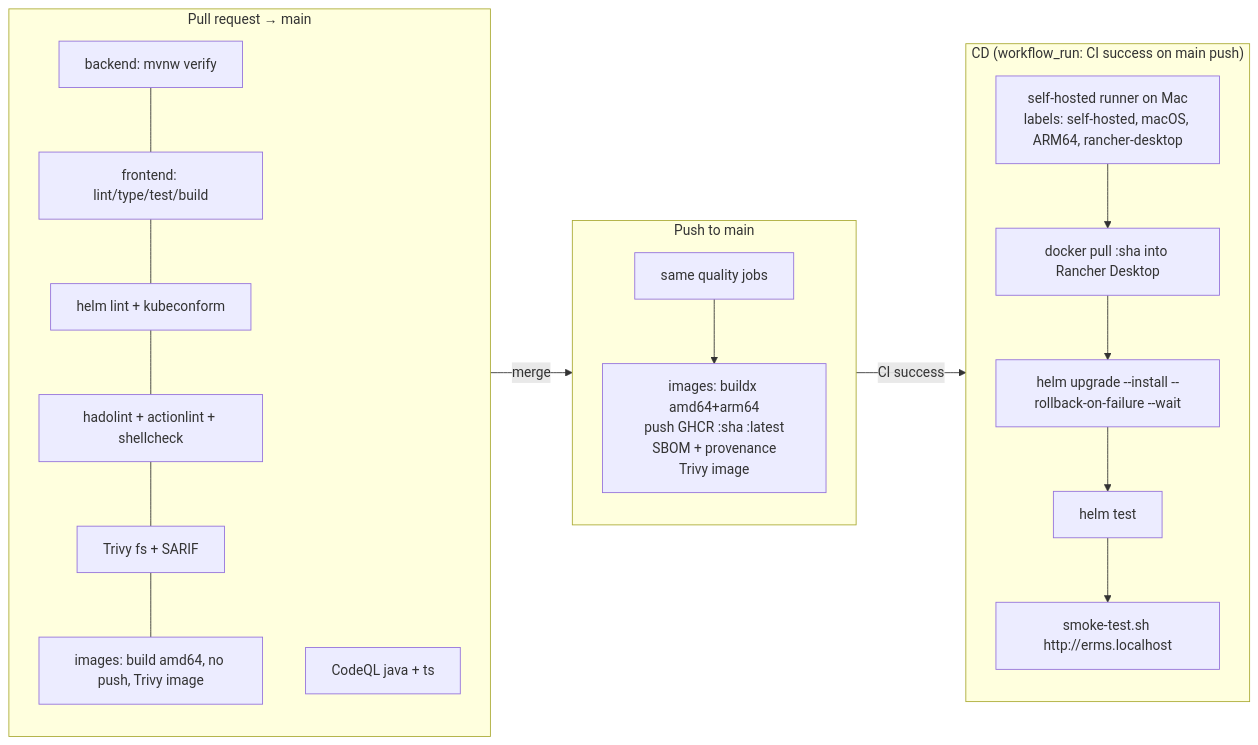
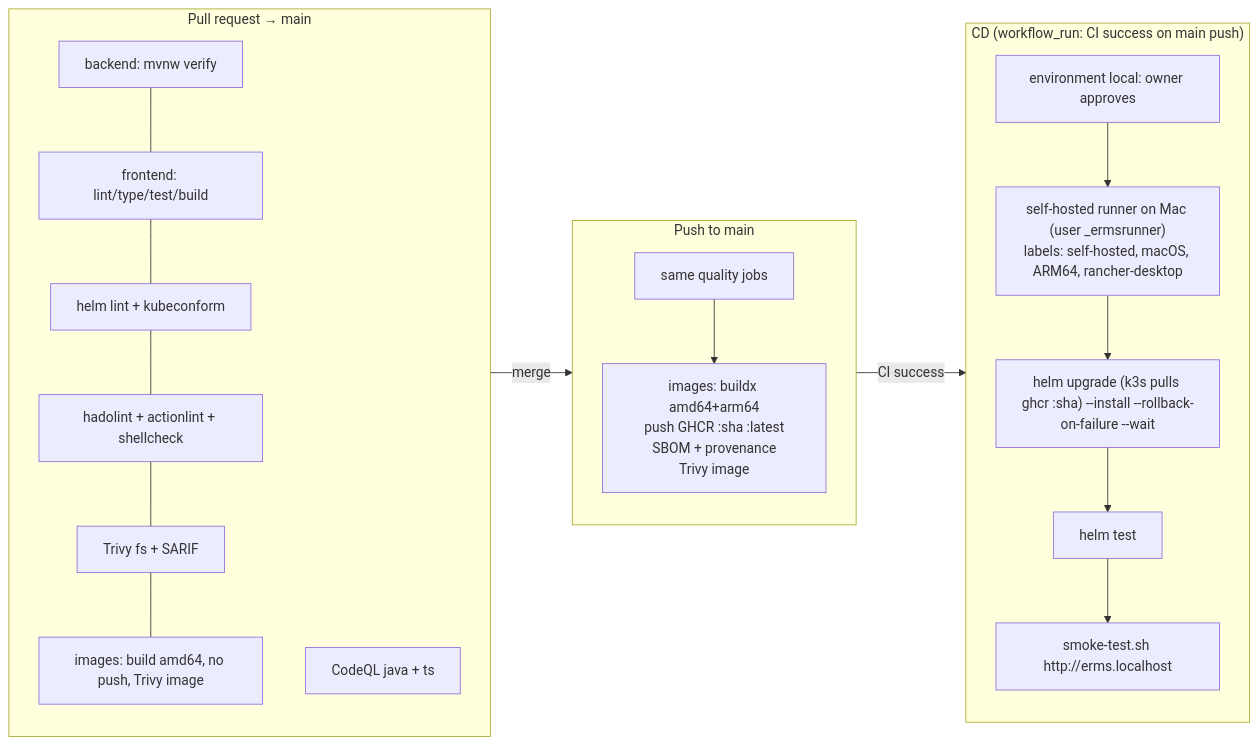
The diagram in docs/CICD.md (manojis/CriticalUtilityResponseService), drawn with Mermaid before and after one commit. The commit also changed other lines of this file and 13 other files, not shown here.

First line of the commit message:
ci: isolate the self-hosted runner and require owner approval for deploys (#16)

````diff
--- a/docs/CICD.md
+++ b/docs/CICD.md
@@ -7,24 +7,24 @@
 ```mermaid
 flowchart LR
     subgraph PR["Pull request → main"]
         direction TB
         P1[backend: mvnw verify] --- P2[frontend: lint/type/test/build]
         P2 --- P3[helm lint + kubeconform]
         P3 --- P4[hadolint + actionlint + shellcheck]
         P4 --- P5[Trivy fs + SARIF]
         P5 --- P6[images: build amd64, no push, Trivy image]
         P7[CodeQL java + ts]
     end
     subgraph MAIN["Push to main"]
         direction TB
         M1[same quality jobs] --> M2[images: buildx amd64+arm64<br/>push GHCR :sha :latest<br/>SBOM + provenance<br/>Trivy image]
     end
     subgraph CD["CD (workflow_run: CI success on main push)"]
         direction TB
-        D1["self-hosted runner on Mac<br/>labels: self-hosted, macOS, ARM64, rancher-desktop"] --> D2[docker pull :sha into Rancher Desktop]
-        D2 --> D3["helm upgrade --install --rollback-on-failure --wait"]
+        D0["environment local: owner approves"] --> D1["self-hosted runner on Mac (user _ermsrunner)<br/>labels: self-hosted, macOS, ARM64, rancher-desktop"]
+        D1 --> D3["helm upgrade (k3s pulls ghcr :sha) --install --rollback-on-failure --wait"]
         D3 --> D4[helm test]
         D4 --> D5["smoke-test.sh http://erms.localhost"]
     end
     PR -->|merge| MAIN -->|CI success| CD
 ```
````
